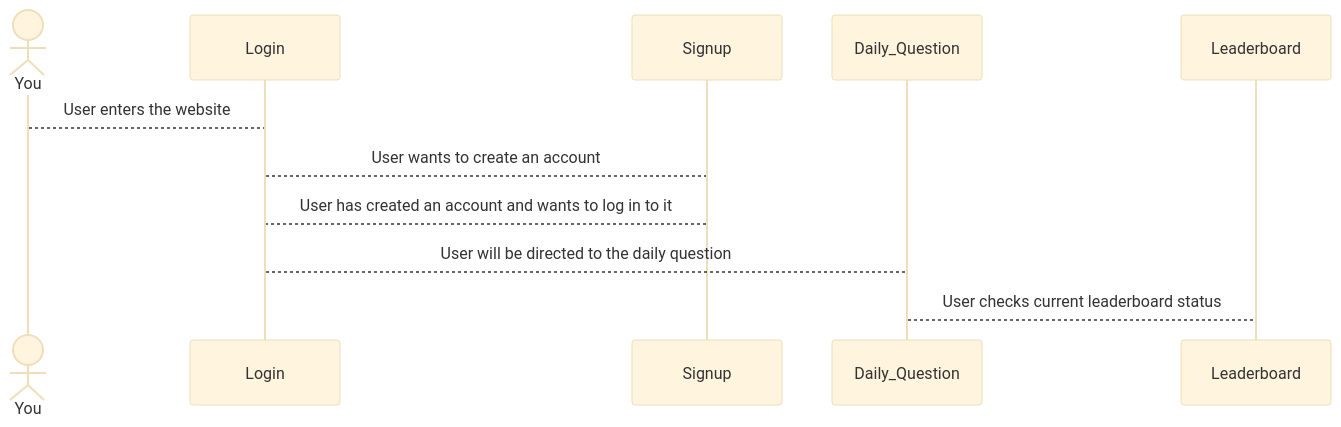
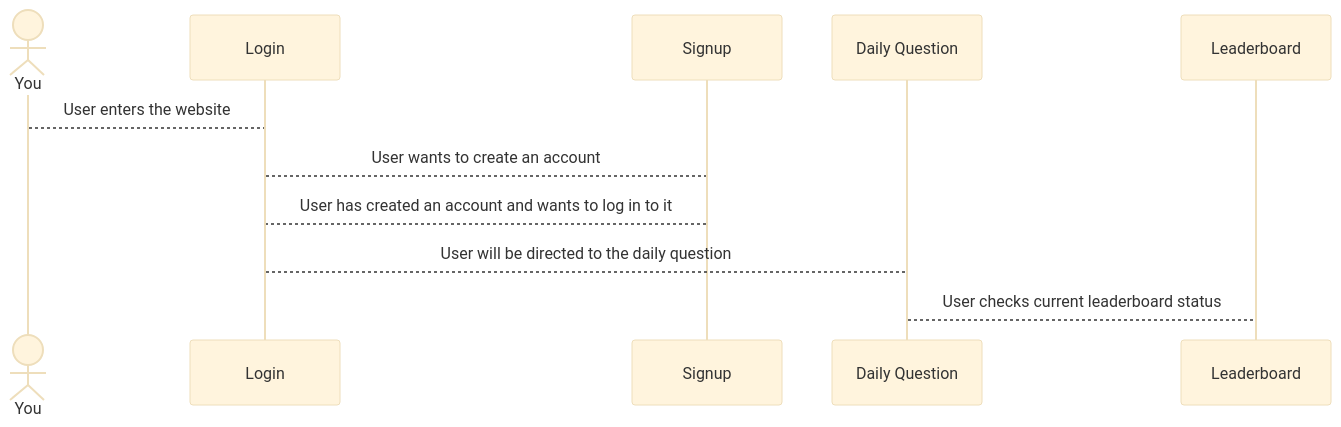
The diagram in README.md (bhbakri/startup), drawn with Mermaid (base theme) before and after one commit.

````diff
--- a/README.md
+++ b/README.md
@@ -30,9 +30,9 @@
 ```mermaid
 sequenceDiagram
     actor You
     You-->Login: User enters the website
     Login-->Signup: User wants to create an account
     Signup-->Login: User has created an account and wants to log in to it
-    Login-->Daily_Question: User will be directed to the daily question
-    Daily_Question-->Leaderboard: User checks current leaderboard status
+    Login-->Daily Question: User will be directed to the daily question
+    Daily Question-->Leaderboard: User checks current leaderboard status
 ```
````
